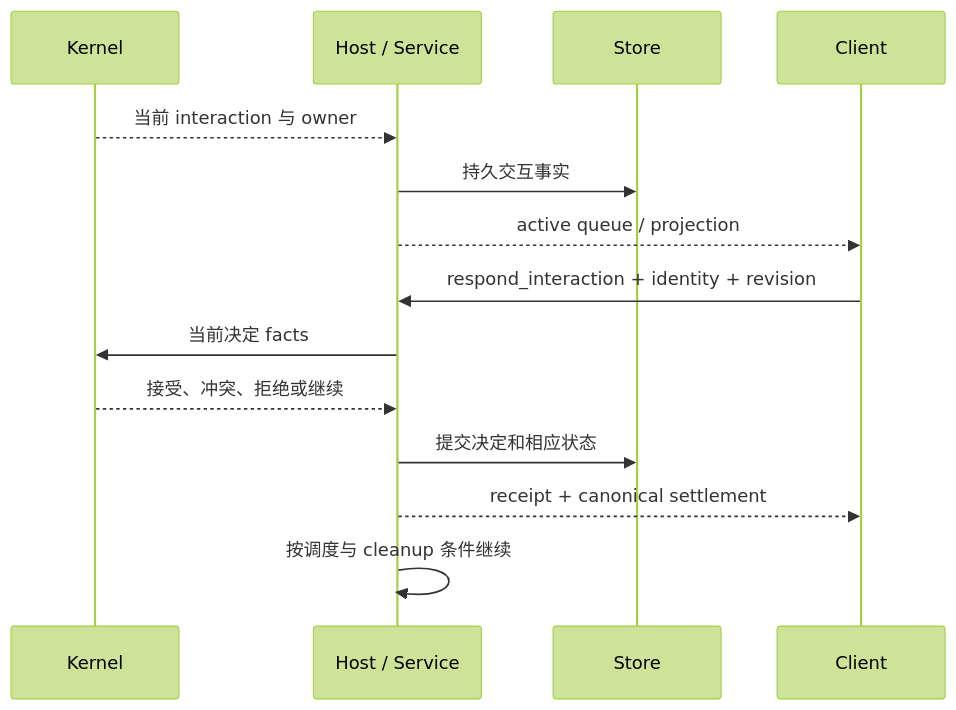
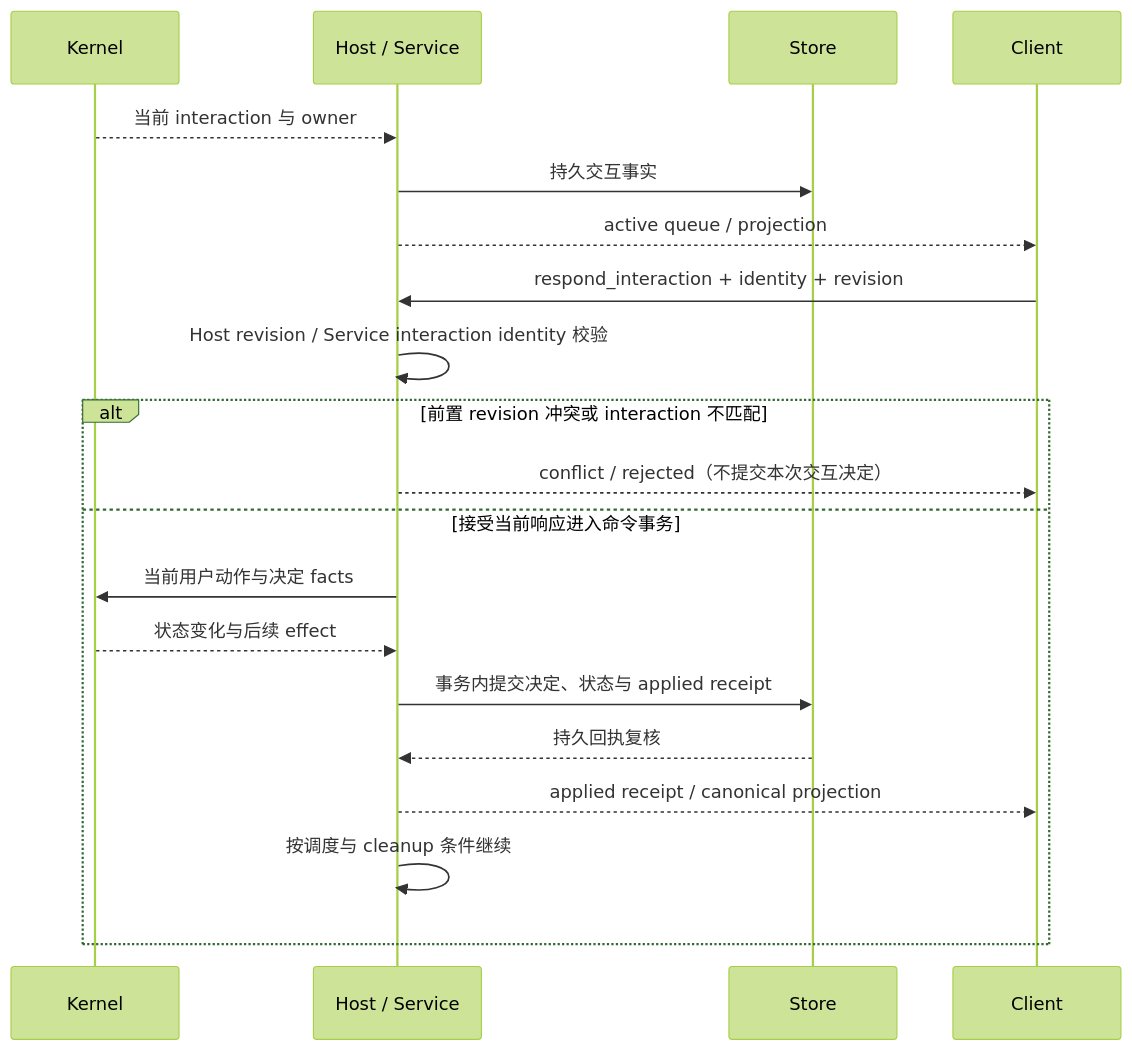
Before and after one commit to ferqx/kite-code: the diagram in docs/development/flows/interactions.md, drawn with Mermaid (forest theme). The commit also changed other lines of this file and 14 other files, not shown here.

Commit message:
docs: map product architecture and verify runtime boundaries

````diff
--- a/docs/development/flows/interactions.md
+++ b/docs/development/flows/interactions.md
@@ -5,16 +11,22 @@
 ```mermaid
 sequenceDiagram
   participant K as Kernel
   participant H as Host / Service
   participant D as Store
   participant C as Client
   K-->>H: 当前 interaction 与 owner
   H->>D: 持久交互事实
   H-->>C: active queue / projection
   C->>H: respond_interaction + identity + revision
-  H->>K: 当前决定 facts
-  K-->>H: 接受、冲突、拒绝或继续
-  H->>D: 提交决定和相应状态
-  H-->>C: receipt + canonical settlement
-  H->>H: 按调度与 cleanup 条件继续
+  H->>H: Host revision / Service interaction identity 校验
+  alt 前置 revision 冲突或 interaction 不匹配
+    H-->>C: conflict / rejected（不提交本次交互决定）
+  else 接受当前响应进入命令事务
+    H->>K: 当前用户动作与决定 facts
+    K-->>H: 状态变化与后续 effect
+    H->>D: 事务内提交决定、状态与 applied receipt
+    D-->>H: 持久回执复核
+    H-->>C: applied receipt / canonical projection
+    H->>H: 按调度与 cleanup 条件继续
+  end
 ```
````
